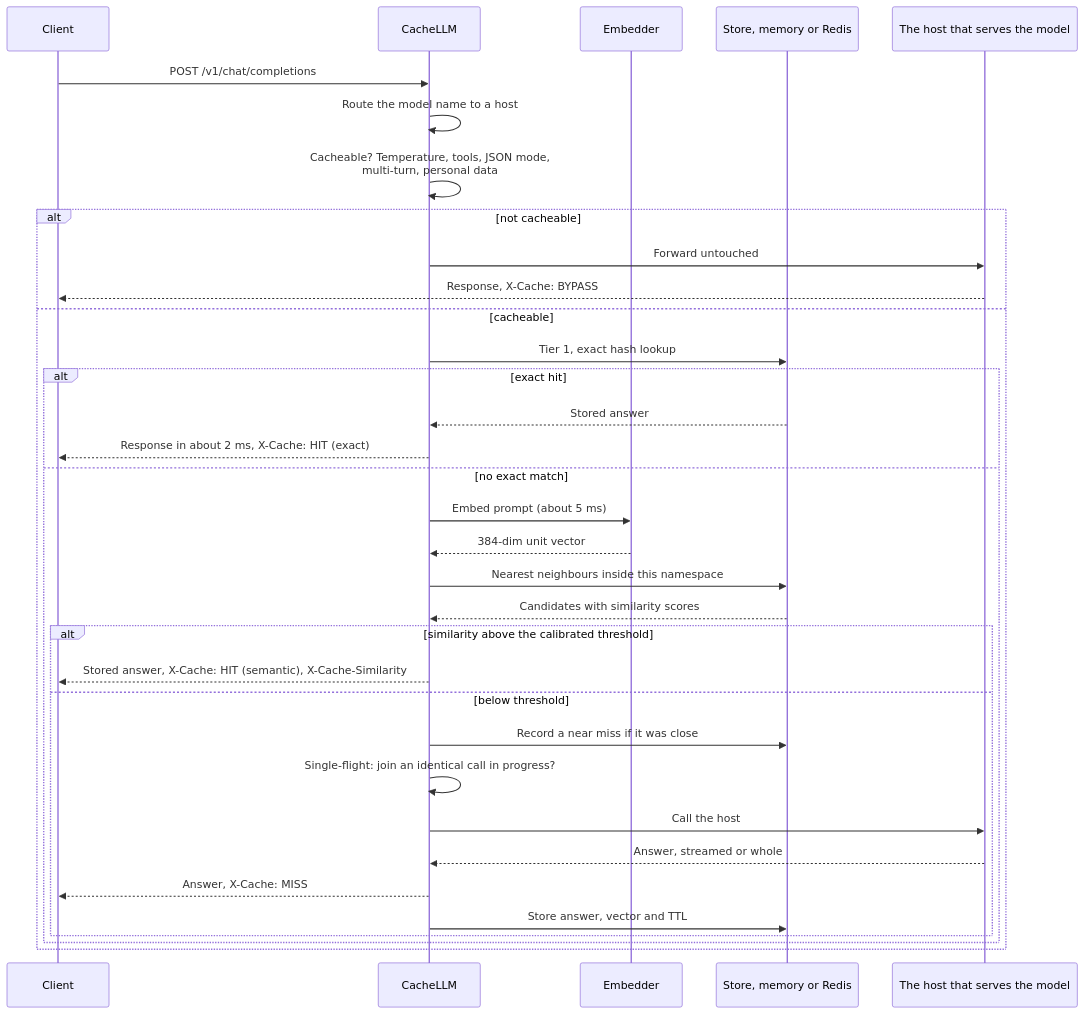
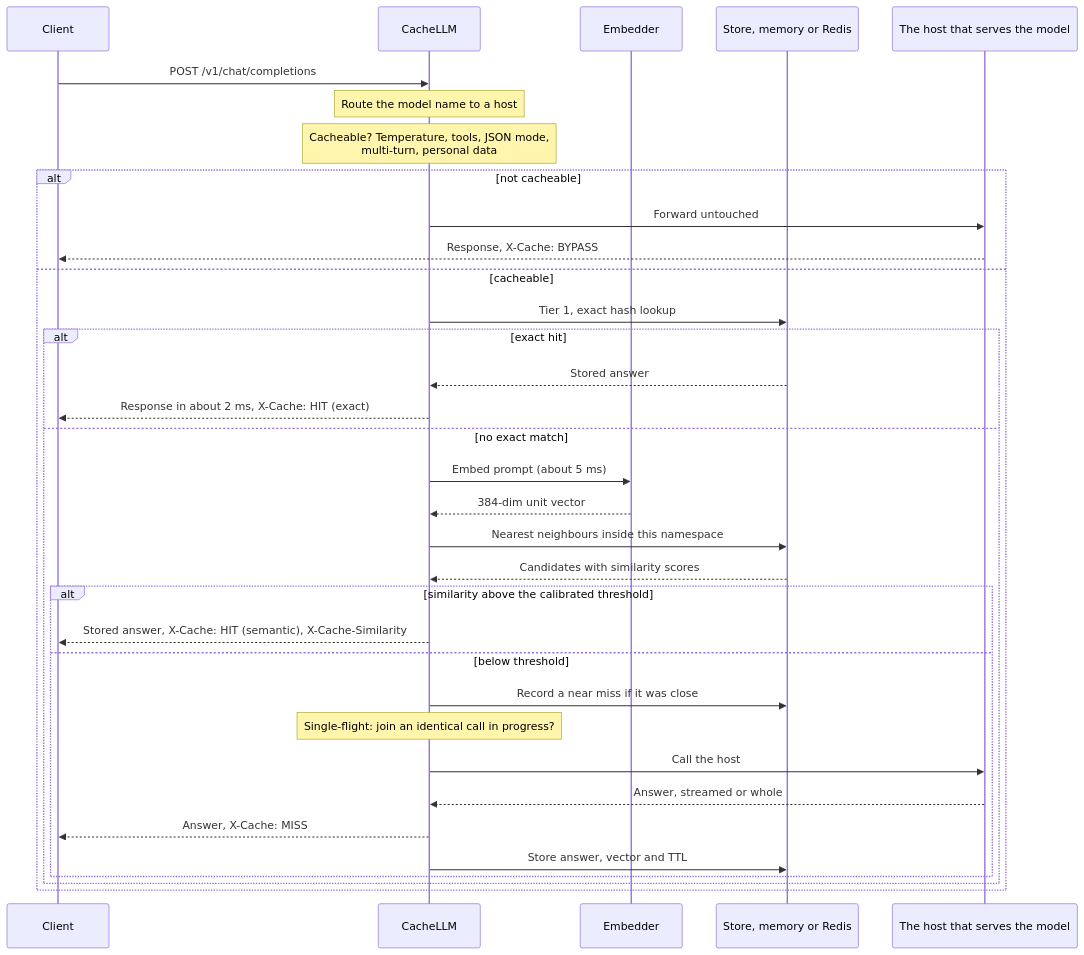
One commit to adarshcod30/CacheLLM changed the second of 2 diagrams in README.md. Above: the diagram before and after it, drawn with Mermaid. The commit also changed other lines of this file, not shown here.

First line of the commit message:
Redraw the architecture diagram so no line runs behind a box

````diff
--- a/README.md
+++ b/README.md
@@ -242,37 +237,37 @@
 ```mermaid
 sequenceDiagram
     participant C as Client
     participant P as CacheLLM
     participant E as Embedder
     participant R as Store, memory or Redis
     participant M as The host that serves the model
 
     C->>P: POST /v1/chat/completions
-    P->>P: Route the model name to a host
-    P->>P: Cacheable? Temperature, tools, JSON mode,<br/>multi-turn, personal data
+    Note over P: Route the model name to a host
+    Note over P: Cacheable? Temperature, tools, JSON mode,<br/>multi-turn, personal data
     alt not cacheable
         P->>M: Forward untouched
         M-->>C: Response, X-Cache: BYPASS
     else cacheable
         P->>R: Tier 1, exact hash lookup
         alt exact hit
             R-->>P: Stored answer
             P-->>C: Response in about 2 ms, X-Cache: HIT (exact)
         else no exact match
             P->>E: Embed prompt (about 5 ms)
             E-->>P: 384-dim unit vector
             P->>R: Nearest neighbours inside this namespace
             R-->>P: Candidates with similarity scores
             alt similarity above the calibrated threshold
                 P-->>C: Stored answer, X-Cache: HIT (semantic), X-Cache-Similarity
             else below threshold
                 P->>R: Record a near miss if it was close
-                P->>P: Single-flight: join an identical call in progress?
+                Note over P: Single-flight: join an identical call in progress?
                 P->>M: Call the host
                 M-->>P: Answer, streamed or whole
                 P-->>C: Answer, X-Cache: MISS
                 P->>R: Store answer, vector and TTL
             end
         end
     end
 ```
````
